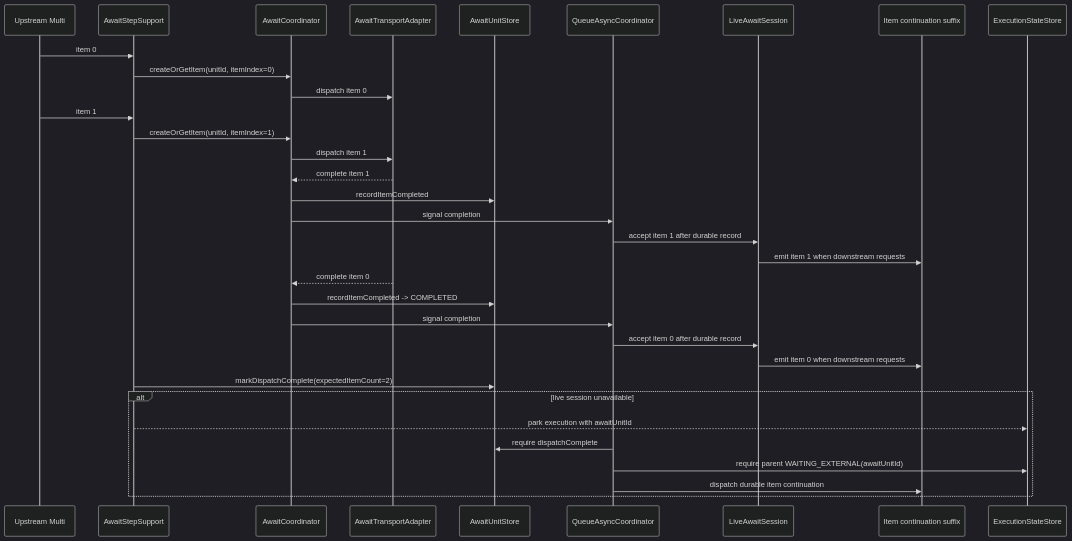
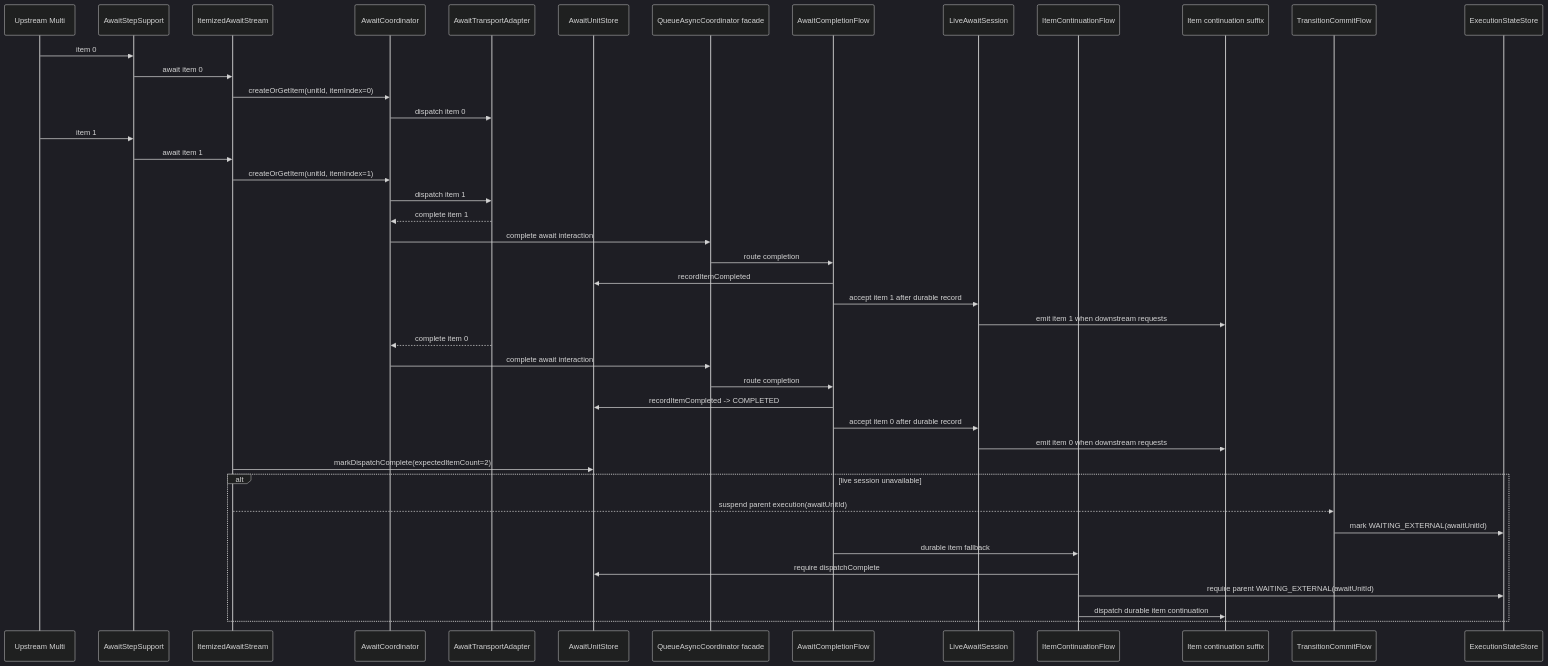
One commit to The-Pipeline-Framework/pipelineframework changed the third of 8 diagrams in docs/evolve/await-unit-runtime/sequences.md. Above: the diagram before and after it, drawn with Mermaid (dark theme). The commit also changed other lines of this file and 34 other files, not shown here.

Commit message:
Refactor queue async semantic flows

````diff
--- a/docs/evolve/await-unit-runtime/sequences.md
+++ b/docs/evolve/await-unit-runtime/sequences.md
@@ -37,36 +74,46 @@
 ```mermaid
 sequenceDiagram
     participant Source as Upstream Multi
     participant Step as AwaitStepSupport
+    participant Stream as ItemizedAwaitStream
     participant Coord as AwaitCoordinator
     participant Adapter as AwaitTransportAdapter
     participant UnitStore as AwaitUnitStore
-    participant Queue as QueueAsyncCoordinator
+    participant Queue as QueueAsyncCoordinator facade
+    participant Completion as AwaitCompletionFlow
     participant Live as LiveAwaitSession
+    participant Items as ItemContinuationFlow
     participant Suffix as Item continuation suffix
+    participant Commit as TransitionCommitFlow
     participant ExecStore as ExecutionStateStore
 
     Source->>Step: item 0
-    Step->>Coord: createOrGetItem(unitId, itemIndex=0)
+    Step->>Stream: await item 0
+    Stream->>Coord: createOrGetItem(unitId, itemIndex=0)
     Coord->>Adapter: dispatch item 0
     Source->>Step: item 1
-    Step->>Coord: createOrGetItem(unitId, itemIndex=1)
+    Step->>Stream: await item 1
+    Stream->>Coord: createOrGetItem(unitId, itemIndex=1)
     Coord->>Adapter: dispatch item 1
     Adapter-->>Coord: complete item 1
-    Coord->>UnitStore: recordItemCompleted
-    Coord->>Queue: signal completion
-    Queue->>Live: accept item 1 after durable record
+    Coord->>Queue: complete await interaction
+    Queue->>Completion: route completion
+    Completion->>UnitStore: recordItemCompleted
+    Completion->>Live: accept item 1 after durable record
     Live->>Suffix: emit item 1 when downstream requests
     Adapter-->>Coord: complete item 0
-    Coord->>UnitStore: recordItemCompleted -> COMPLETED
-    Coord->>Queue: signal completion
-    Queue->>Live: accept item 0 after durable record
+    Coord->>Queue: complete await interaction
+    Queue->>Completion: route completion
+    Completion->>UnitStore: recordItemCompleted -> COMPLETED
+    Completion->>Live: accept item 0 after durable record
     Live->>Suffix: emit item 0 when downstream requests
-    Step->>UnitStore: markDispatchComplete(expectedItemCount=2)
+    Stream->>UnitStore: markDispatchComplete(expectedItemCount=2)
     alt live session unavailable
-      Step-->>ExecStore: park execution with awaitUnitId
-      Queue->>UnitStore: require dispatchComplete
-      Queue->>ExecStore: require parent WAITING_EXTERNAL(awaitUnitId)
-      Queue->>Suffix: dispatch durable item continuation
+      Stream-->>Commit: suspend parent execution(awaitUnitId)
+      Commit->>ExecStore: mark WAITING_EXTERNAL(awaitUnitId)
+      Completion->>Items: durable item fallback
+      Items->>UnitStore: require dispatchComplete
+      Items->>ExecStore: require parent WAITING_EXTERNAL(awaitUnitId)
+      Items->>Suffix: dispatch durable item continuation
     end
 ```
````
